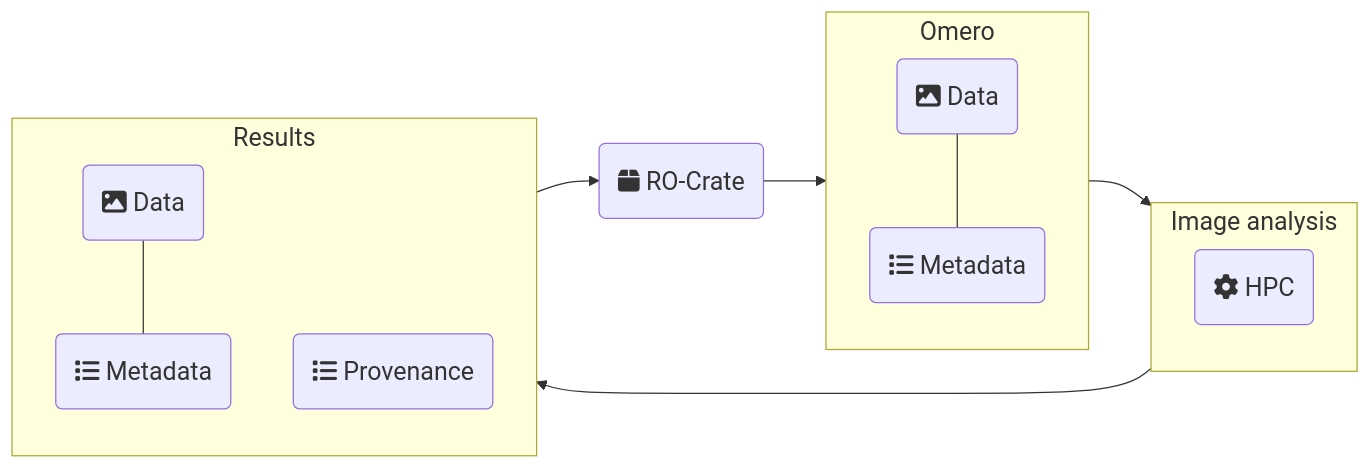
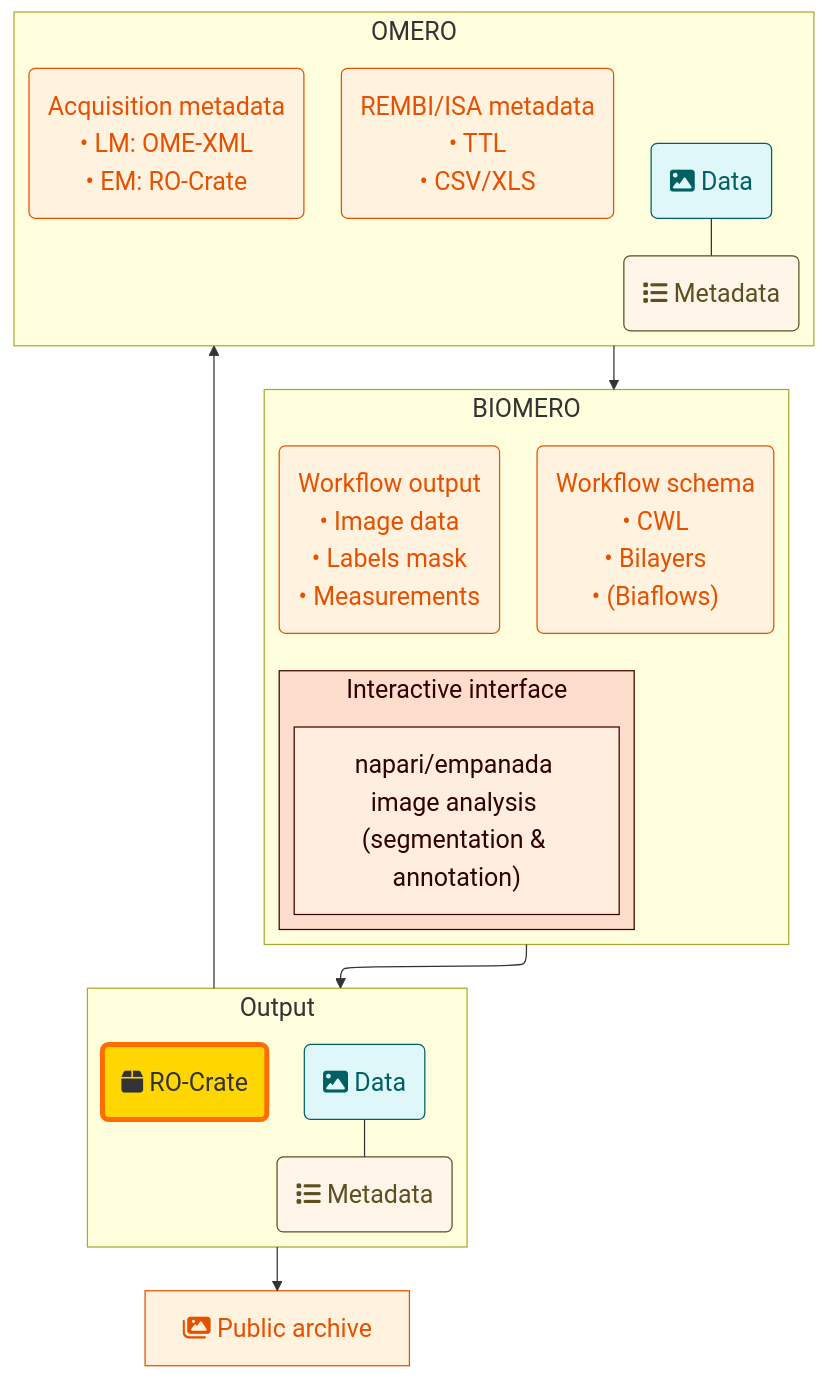
Before and after one commit to NL-BioImaging/fair-segmentation: the diagram in docs/poster.md, drawn with Mermaid. The commit also changed other lines of this file, not shown here.

````diff
--- a/docs/poster.md
+++ b/docs/poster.md
@@ -20,33 +28,54 @@
 ```mermaid
 ---
 config:
   themeVariables:
     fontSize: 20px
-  layout: fixed
+  layout: elk
 ---
-flowchart LR
-  subgraph omero["Omero"]
-    direction TD
-        metadata("fa:fa-list Metadata")
-        data("fa:fa-image Data")
+flowchart
+ subgraph omero["OMERO"]
+        data("fa:fa-image Data"):::blue
+        metadata("fa:fa-list Metadata"):::gold
+        rembi("REMBI/ISA metadata
+• TTL
+• CSV/XLS"):::red
+        acq("Acquisition metadata
+• LM: OME-XML
+• EM: RO-Crate"):::red
   end
-  
-  subgraph analysis["Image analysis"]
-    direction TD
-        hpc("fa:fa-gear HPC")
+ subgraph output["Output"]
+        data2("fa:fa-image Data"):::blue
+        metadata2("fa:fa-list Metadata"):::gold
+        rocrate("fa:fa-box RO-Crate")
   end
-  
-  subgraph results["Results"]
-    direction TD
-        metadata2("fa:fa-list Metadata")
-        data2("fa:fa-image Data")
-        provenance("fa:fa-list Provenance")
+ subgraph xpra["Interactive interface"]
+        napari["napari/empanada image analysis (segmentation &amp; annotation)"]
   end
-  
-  omero --> analysis
-  analysis --> results
-  data --- metadata
-  data2 --- metadata2
-  results --> rocrate("fa:fa-box RO-Crate")
-  rocrate --> omero
+ subgraph biomero["BIOMERO"]
+ direction LR
+        xpra
+        schema("Workflow schema
+• CWL
+• Bilayers
+• (Biaflows)"):::red
+        workflow("Workflow output
+• Image data
+• Labels mask
+• Measurements"):::red
+  end
+    biomero --> output
+    omero --> biomero
+    data --- metadata
+    data2 --- metadata2
+    output --> omero & archive["fa:fa-images Public archive"]:::red
+    omero ~~~ biomero
+
+    style rocrate stroke:#FF6D00,fill:#FFD600,stroke-width:4px
+    style xpra fill:#ffddcc,stroke:#400000,color:#300000
+    style napari fill:#ffeedd,stroke:#400000,color:#300000
+
+    classDef blue fill:#e0f7fa,stroke:#006064,color:#006064
+    classDef gold fill:#fff5e9,stroke:#5e4e20,color:#5e4e20
+    classDef red fill:#fff3e0,stroke:#e65100,color:#e65100
+    classDef gray fill:#eceff1,stroke:#37474f,color:#37474f
 ```
````
